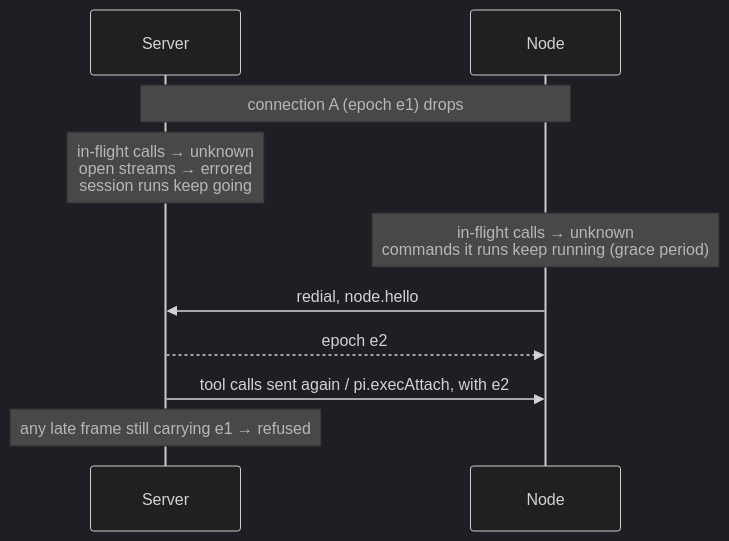
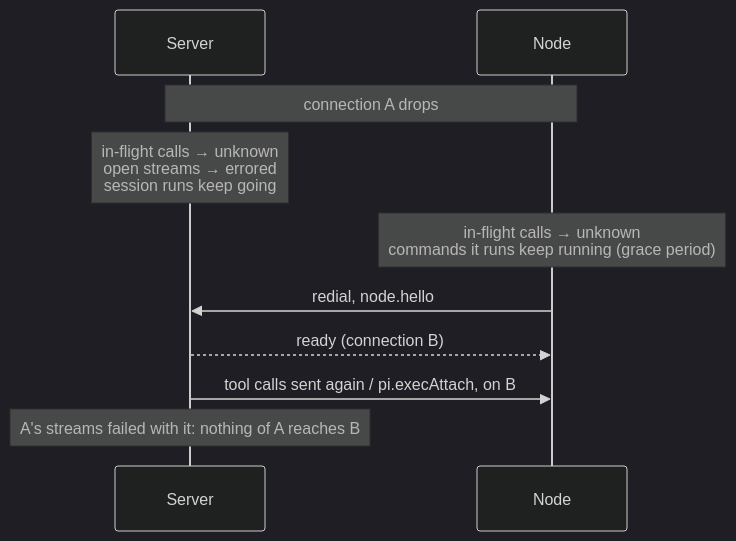
Before and after one commit to willtcarey/reins: the ninth of 9 diagrams in docs/dev/node-transport.md, drawn with Mermaid (dark theme). The commit also changed other lines of this file and 31 other files, not shown here.

````diff
--- a/docs/dev/node-transport.md
+++ b/docs/dev/node-transport.md
@@ -540,12 +538,12 @@
 ```mermaid
 sequenceDiagram
     participant S as Server
     participant N as Node
-    Note over S,N: connection A (epoch e1) drops
+    Note over S,N: connection A drops
     Note over S: in-flight calls → unknown<br/>open streams → errored<br/>session runs keep going
     Note over N: in-flight calls → unknown<br/>commands it runs keep running (grace period)
     N->>S: redial, node.hello
-    S-->>N: epoch e2
-    S->>N: tool calls sent again / pi.execAttach, with e2
-    Note over S: any late frame still carrying e1 → refused
+    S-->>N: ready (connection B)
+    S->>N: tool calls sent again / pi.execAttach, on B
+    Note over S: A's streams failed with it: nothing of A reaches B
 ```
````
